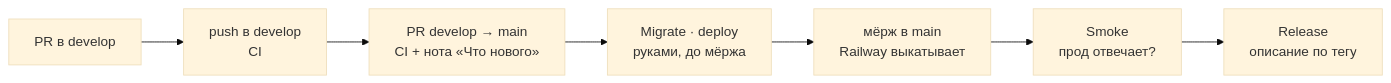
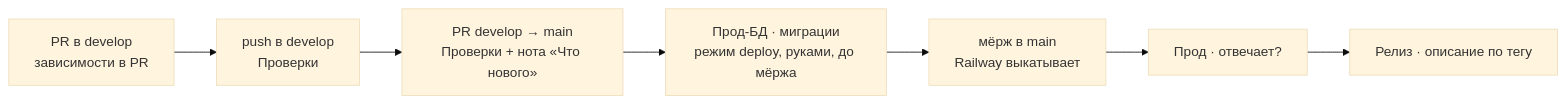
Before and after one commit to startupjafari/studenthub: the diagram in .github/workflows/README.md, drawn with Mermaid (base theme). The commit also changed other lines of this file and 8 other files, not shown here.

````diff
--- a/.github/workflows/README.md
+++ b/.github/workflows/README.md
@@ -20,9 +22,9 @@
 ```mermaid
 flowchart LR
-  A["PR в develop"] --> B["push в develop<br/>CI"]
-  B --> C["PR develop → main<br/>CI + нота «Что нового»"]
-  C --> D["Migrate · deploy<br/>руками, до мёржа"]
+  A["PR в develop<br/>зависимости в PR"] --> B["push в develop<br/>Проверки"]
+  B --> C["PR develop → main<br/>Проверки + нота «Что нового»"]
+  C --> D["Прод-БД · миграции<br/>режим deploy, руками, до мёржа"]
   D --> E["мёрж в main<br/>Railway выкатывает"]
-  E --> F["Smoke<br/>прод отвечает?"]
-  F --> G["Release<br/>описание по тегу"]
+  E --> F["Прод · отвечает?"]
+  F --> G["Релиз · описание по тегу"]
 ```
````
